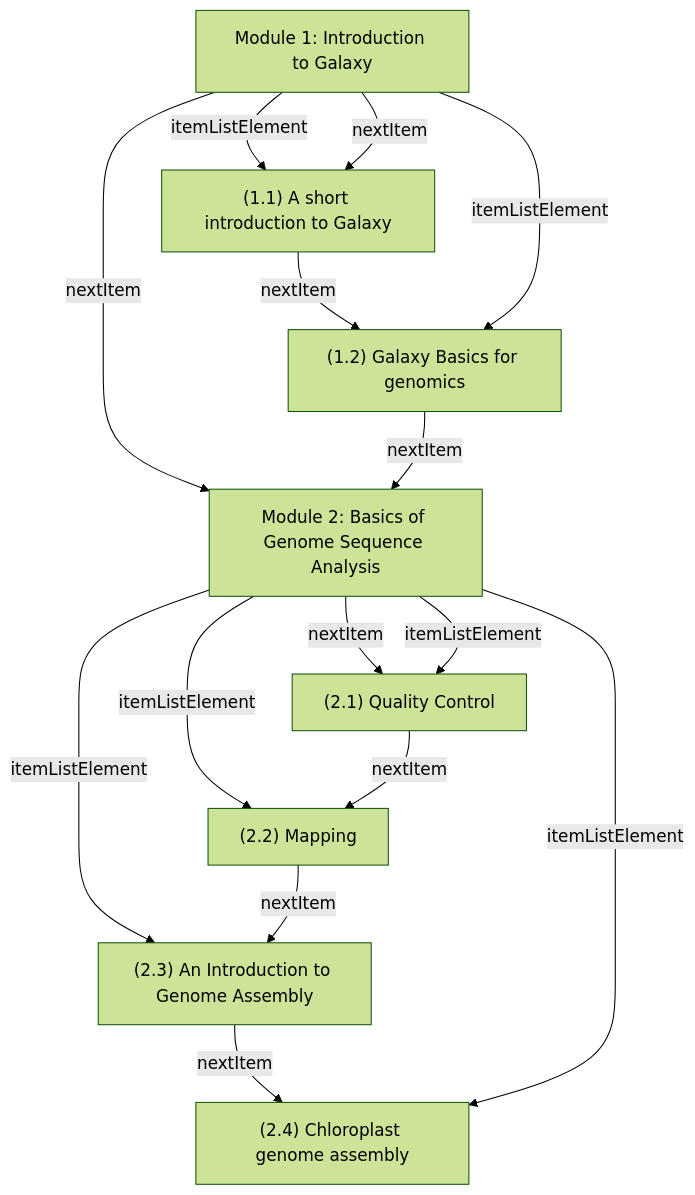
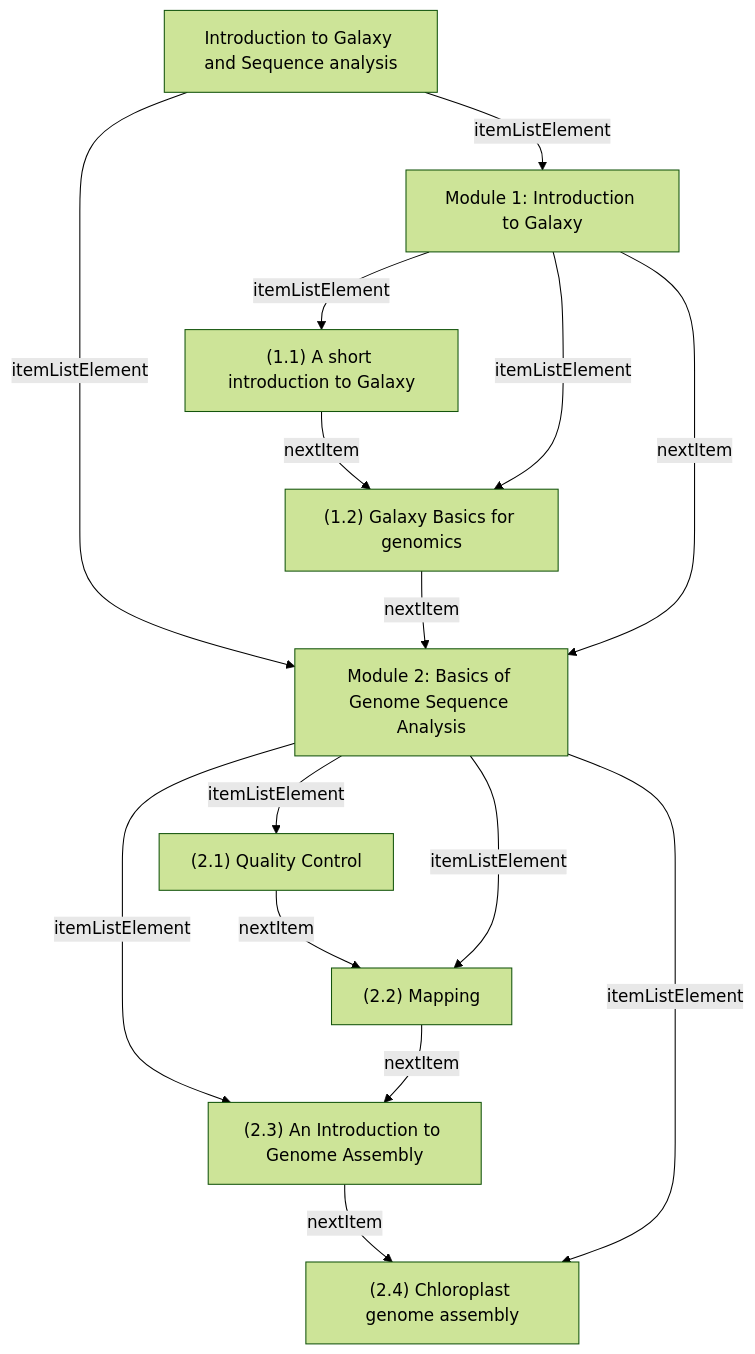
One commit to BioSchemas/LearningPath-sandbox changed the diagram in lp1.mmd. Above: the diagram before and after it, drawn with Mermaid (forest theme). The commit also changed 8 other files, not shown here.

```diff
--- a/lp1.mmd
+++ b/lp1.mmd
@@ -1,43 +1,43 @@
 graph TD
-N1["Module 1: Introduction to Galaxy"]
 N4["Module 2: Basics of Genome Sequence Analysis"]
-N1 -- nextItem --> N4
+N7["(2.3) An Introduction to Genome Assembly"]
+N4 -- itemListElement --> N7
+N0["Introduction to Galaxy and Sequence analysis"]
+N4["Module 2: Basics of Genome Sequence Analysis"]
+N0 -- itemListElement --> N4
+N7["(2.3) An Introduction to Genome Assembly"]
+N8["(2.4) Chloroplast genome assembly"]
+N7 -- nextItem --> N8
+N4["Module 2: Basics of Genome Sequence Analysis"]
+N8["(2.4) Chloroplast genome assembly"]
+N4 -- itemListElement --> N8
+N3["(1.2) Galaxy Basics for genomics"]
+N4["Module 2: Basics of Genome Sequence Analysis"]
+N3 -- nextItem --> N4
 N2["(1.1) A short introduction to Galaxy"]
 N3["(1.2) Galaxy Basics for genomics"]
 N2 -- nextItem --> N3
 N4["Module 2: Basics of Genome Sequence Analysis"]
 N5["(2.1) Quality Control"]
-N4 -- nextItem --> N5
-N3["(1.2) Galaxy Basics for genomics"]
-N4["Module 2: Basics of Genome Sequence Analysis"]
-N3 -- nextItem --> N4
-N7["(2.3) An Introduction to Genome Assembly"]
-N8["(2.4) Chloroplast genome assembly"]
-N7 -- nextItem --> N8
-N4["Module 2: Basics of Genome Sequence Analysis"]
+N4 -- itemListElement --> N5
+N5["(2.1) Quality Control"]
 N6["(2.2) Mapping"]
-N4 -- itemListElement --> N6
+N5 -- nextItem --> N6
 N1["Module 1: Introduction to Galaxy"]
 N3["(1.2) Galaxy Basics for genomics"]
 N1 -- itemListElement --> N3
 N4["Module 2: Basics of Genome Sequence Analysis"]
-N7["(2.3) An Introduction to Genome Assembly"]
-N4 -- itemListElement --> N7
-N5["(2.1) Quality Control"]
 N6["(2.2) Mapping"]
-N5 -- nextItem --> N6
-N4["Module 2: Basics of Genome Sequence Analysis"]
-N8["(2.4) Chloroplast genome assembly"]
-N4 -- itemListElement --> N8
-N4["Module 2: Basics of Genome Sequence Analysis"]
-N5["(2.1) Quality Control"]
-N4 -- itemListElement --> N5
+N4 -- itemListElement --> N6
+N0["Introduction to Galaxy and Sequence analysis"]
+N1["Module 1: Introduction to Galaxy"]
+N0 -- itemListElement --> N1
+N1["Module 1: Introduction to Galaxy"]
+N2["(1.1) A short introduction to Galaxy"]
+N1 -- itemListElement --> N2
 N6["(2.2) Mapping"]
 N7["(2.3) An Introduction to Genome Assembly"]
 N6 -- nextItem --> N7
 N1["Module 1: Introduction to Galaxy"]
-N2["(1.1) A short introduction to Galaxy"]
-N1 -- itemListElement --> N2
-N1["Module 1: Introduction to Galaxy"]
-N2["(1.1) A short introduction to Galaxy"]
-N1 -- nextItem --> N2
+N4["Module 2: Basics of Genome Sequence Analysis"]
+N1 -- nextItem --> N4
```
